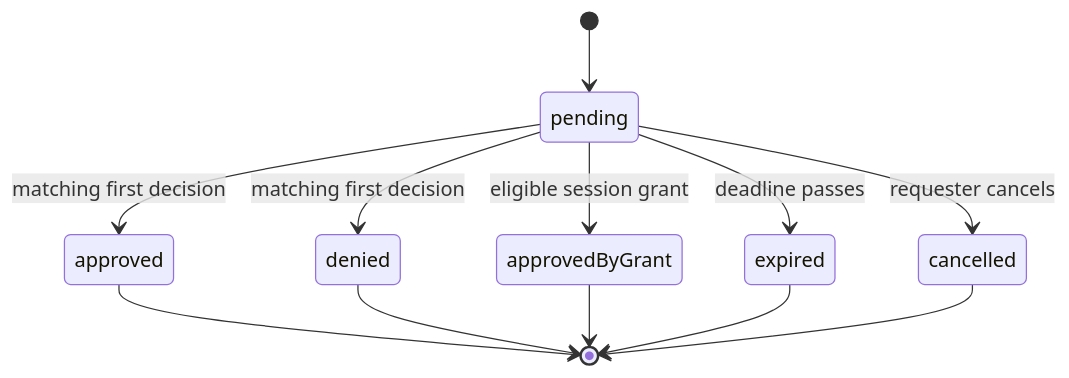
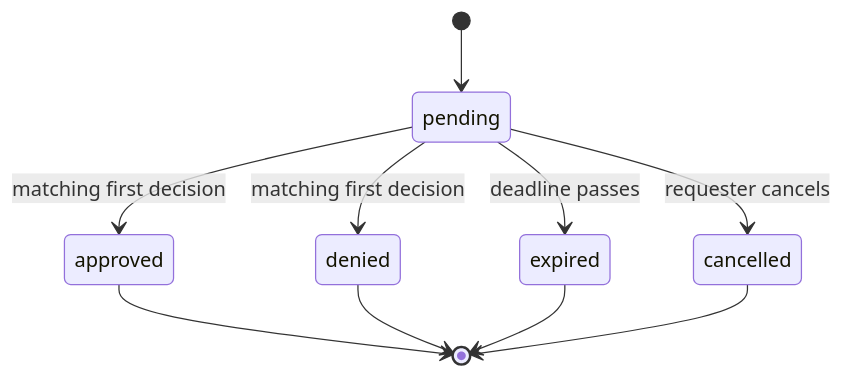
The second of 2 diagrams in docs/architecture.md (pastry-personal5/approve-hub-mac), drawn with Mermaid before and after one commit. The commit also changed other lines of this file and 31 other files, not shown here.

````diff
--- a/docs/architecture.md
+++ b/docs/architecture.md
@@ -32,14 +32,12 @@
 ```mermaid
 stateDiagram-v2
   [*] --> pending
   pending --> approved: matching first decision
   pending --> denied: matching first decision
-  pending --> approvedByGrant: eligible session grant
   pending --> expired: deadline passes
   pending --> cancelled: requester cancels
   approved --> [*]
   denied --> [*]
-  approvedByGrant --> [*]
   expired --> [*]
   cancelled --> [*]
 ```
````
